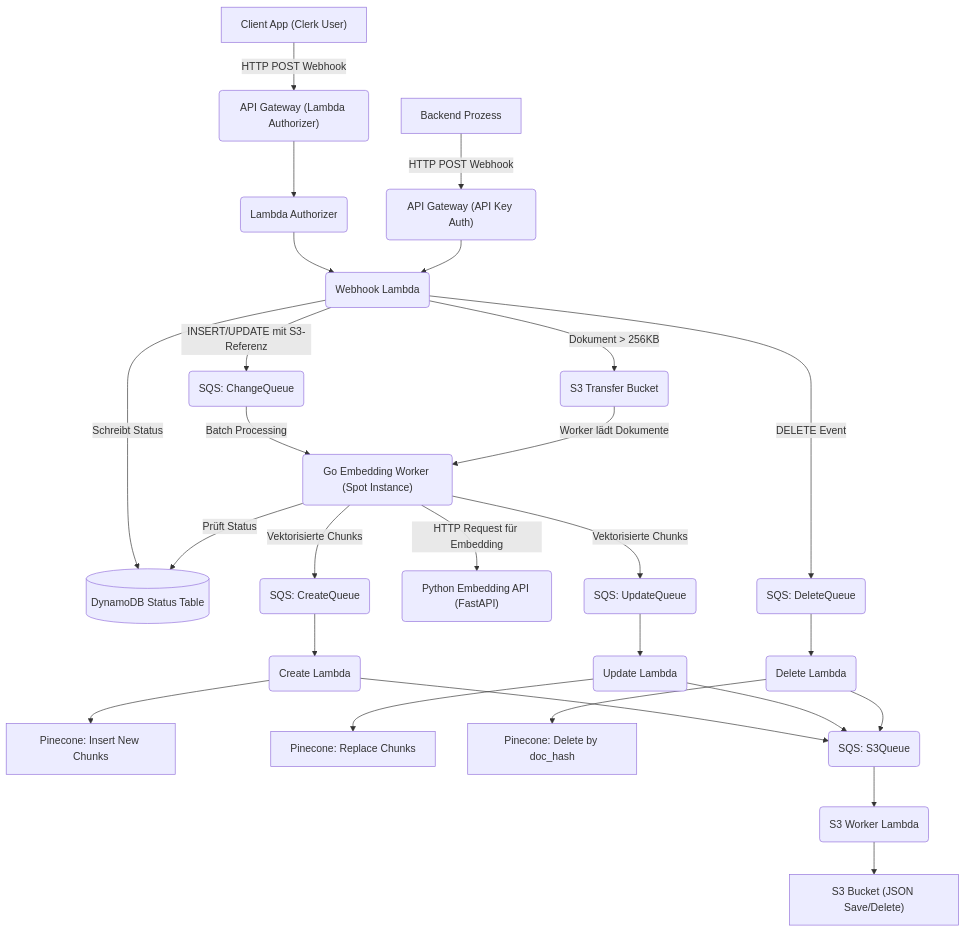
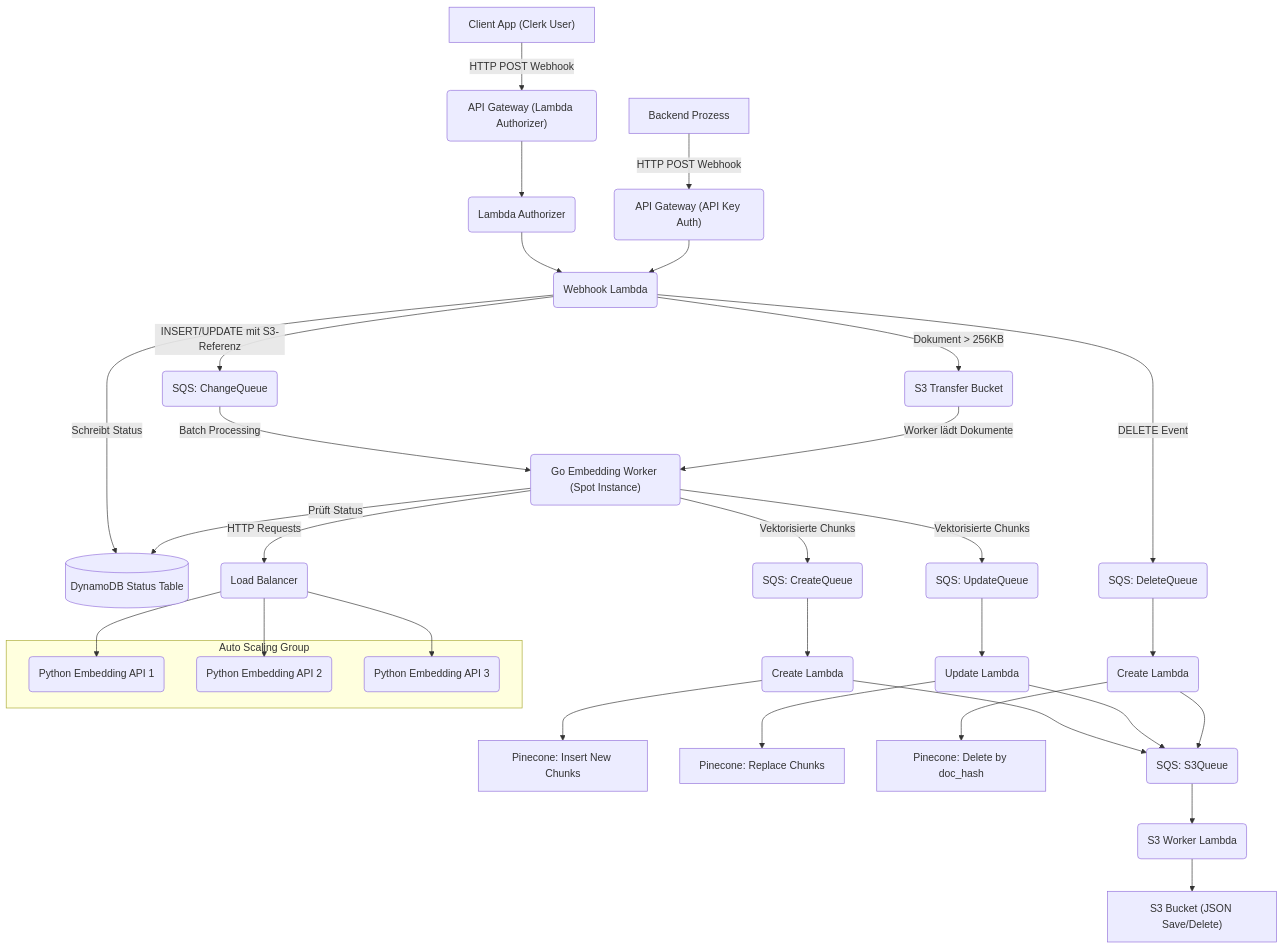
One commit to dyprodg/bloomweaver changed the diagram in README.md. Above: the diagram before and after it, drawn with Mermaid. The commit also changed other lines of this file and 1 other file, not shown here.

````diff
--- a/README.md
+++ b/README.md
@@ -99,38 +102,46 @@
 ```mermaid
 flowchart TD
     Client["Client App (Clerk User)"] -- HTTP POST Webhook --> SecureAPIGateway("API Gateway (Lambda Authorizer)")
     LocalService["Backend Prozess"] -- HTTP POST Webhook --> SimpleAPIGateway("API Gateway (API Key Auth)")
 
     SecureAPIGateway --> AuthLambda("Lambda Authorizer")
     AuthLambda --> WebhookLambda("Webhook Lambda")
 
     SimpleAPIGateway --> WebhookLambda
 
     WebhookLambda -- Schreibt Status --> DynamoDB[("DynamoDB Status Table")]
     WebhookLambda -- DELETE Event --> SQSDeleteQueue("SQS: DeleteQueue")
     WebhookLambda -- Dokument > 256KB --> S3TransferBucket("S3 Transfer Bucket")
     WebhookLambda -- INSERT/UPDATE mit S3-Referenz --> SQSChangeQueue("SQS: ChangeQueue")
     
     SQSChangeQueue -- Batch Processing --> GoWorker("Go Embedding Worker (Spot Instance)")
     GoWorker -- Prüft Status --> DynamoDB
     S3TransferBucket -- Worker lädt Dokumente --> GoWorker
     
-    GoWorker -- HTTP Request für Embedding --> PythonAPI("Python Embedding API (FastAPI)")
+    GoWorker -- HTTP Requests --> LoadBalancer("Load Balancer")
+    
+    subgraph "Auto Scaling Group"
+    PythonAPI1("Python Embedding API 1")
+    PythonAPI2("Python Embedding API 2")
+    PythonAPI3("Python Embedding API 3")
+    end
+    
+    LoadBalancer --> PythonAPI1 & PythonAPI2 & PythonAPI3
     
     GoWorker -- Vektorisierte Chunks --> SQSCreateQueue("SQS: CreateQueue") & SQSUpdateQueue("SQS: UpdateQueue")
     
     SQSCreateQueue --> CreateLambda("Create Lambda")
     SQSUpdateQueue --> UpdateLambda("Update Lambda")
-    SQSDeleteQueue --> DeleteLambda("Delete Lambda")
+    SQSDeleteQueue --> DeleteLambda("Create Lambda")
     
     CreateLambda --> PineconeCreate["Pinecone: Insert New Chunks"]
     UpdateLambda --> PineconeUpdate["Pinecone: Replace Chunks"]
     DeleteLambda --> PineconeDelete["Pinecone: Delete by doc_hash"]
     
     CreateLambda --> SQS3Queue("SQS: S3Queue")
     UpdateLambda --> SQS3Queue
     DeleteLambda --> SQS3Queue
     
     SQS3Queue --> S3Lambda("S3 Worker Lambda")
     S3Lambda --> S3Bucket["S3 Bucket (JSON Save/Delete)"]
 ```
````
